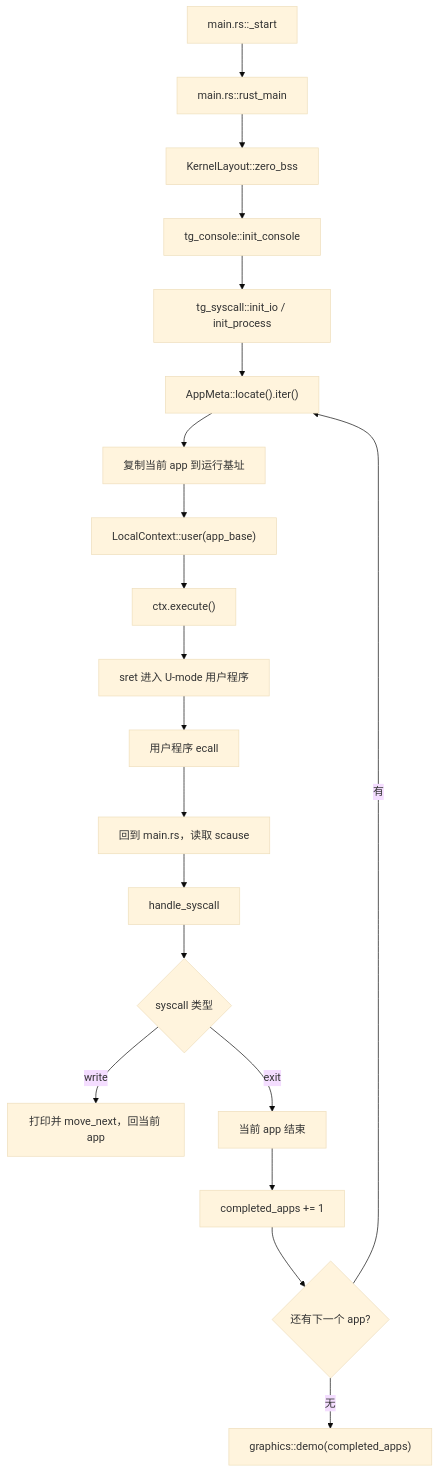
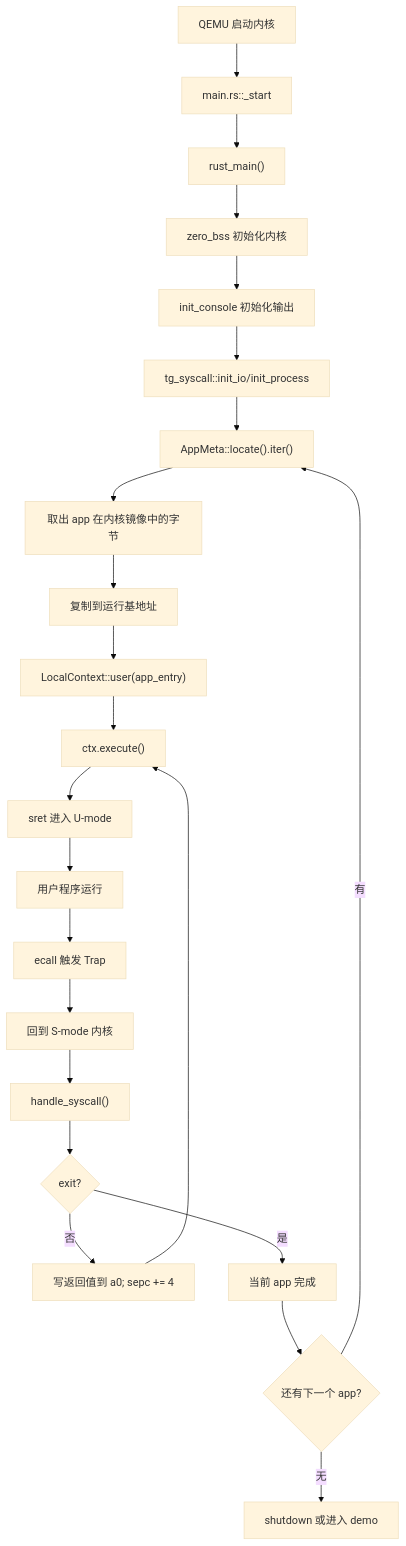
Before and after one commit to flyyansii/Tg-rCore-Tutorial-2026S: the second of 5 diagrams in doc/ch2/rCore-ch2-代码链与模块对应底稿.md, drawn with Mermaid (base theme). The commit also changed other lines of this file and 7 other files, not shown here.

````diff
--- a/doc/ch2/rCore-ch2-代码链与模块对应底稿.md
+++ b/doc/ch2/rCore-ch2-代码链与模块对应底稿.md
@@ -79,22 +138,25 @@
 ```mermaid
 flowchart TD
-    A["main.rs::_start"] --> B["main.rs::rust_main"]
-    B --> C["KernelLayout::zero_bss"]
-    C --> D["tg_console::init_console"]
-    D --> E["tg_syscall::init_io / init_process"]
-    E --> F["AppMeta::locate().iter()"]
-    F --> G["复制当前 app 到运行基址"]
-    G --> H["LocalContext::user(app_base)"]
-    H --> I["ctx.execute()"]
-    I --> J["sret 进入 U-mode 用户程序"]
-    J --> K["用户程序 ecall"]
-    K --> L["回到 main.rs，读取 scause"]
-    L --> M["handle_syscall"]
-    M --> N{"syscall 类型"}
-    N -->|"write"| O["打印并 move_next，回当前 app"]
-    N -->|"exit"| P["当前 app 结束"]
-    P --> Q["completed_apps += 1"]
-    Q --> R{"还有下一个 app?"}
-    R -->|"有"| F
-    R -->|"无"| S["graphics::demo(completed_apps)"]
+    A["QEMU 启动内核"] --> B["main.rs::_start"]
+    B --> C["rust_main()"]
+    C --> D["zero_bss 初始化内核"]
+    D --> E["init_console 初始化输出"]
+    E --> F["tg_syscall::init_io/init_process"]
+    F --> G["AppMeta::locate().iter()"]
+    G --> H["取出 app 在内核镜像中的字节"]
+    H --> I["复制到运行基地址"]
+    I --> J["LocalContext::user(app_entry)"]
+    J --> K["ctx.execute()"]
+    K --> L["sret 进入 U-mode"]
+    L --> M["用户程序运行"]
+    M --> N["ecall 触发 Trap"]
+    N --> O["回到 S-mode 内核"]
+    O --> P["handle_syscall()"]
+    P --> Q{"exit?"}
+    Q -- "否" --> R["写返回值到 a0; sepc += 4"]
+    R --> K
+    Q -- "是" --> S["当前 app 完成"]
+    S --> T{"还有下一个 app?"}
+    T -- "有" --> G
+    T -- "无" --> U["shutdown 或进入 demo"]
 ```
````
